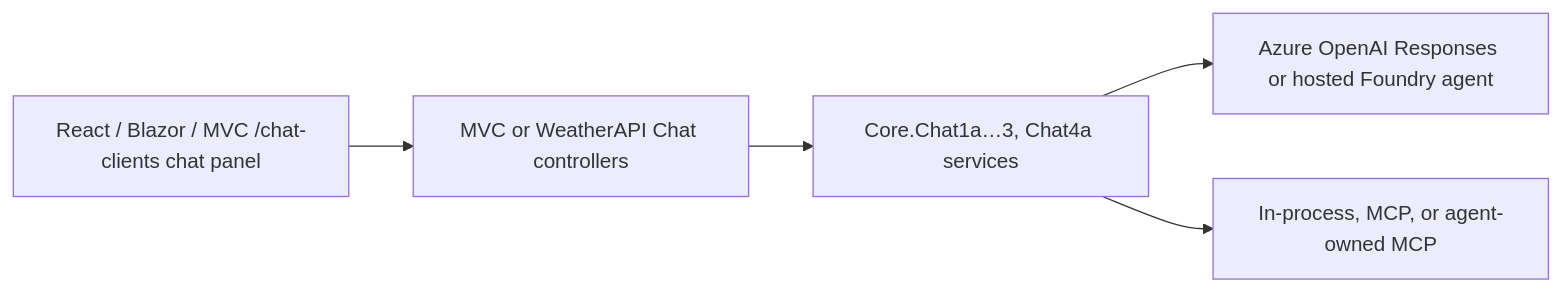
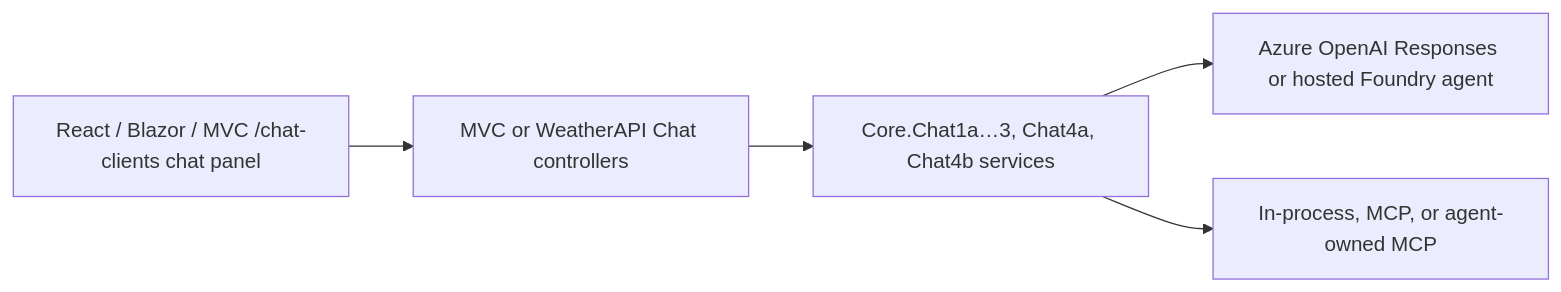
One commit to dustinkorzaan/weather-1116 changed the first of 2 diagrams in docs/architecture.md. Above: the diagram before and after it, drawn with Mermaid. The commit also changed other lines of this file and 22 other files, not shown here.

````diff
--- a/docs/architecture.md
+++ b/docs/architecture.md
@@ -125,13 +126,13 @@
 ```mermaid
 flowchart LR
   UI[React / Blazor / MVC /chat-clients chat panel]
   API[MVC or WeatherAPI Chat controllers]
-  Core[Core.Chat1a…3, Chat4a services]
+  Core[Core.Chat1a…3, Chat4a, Chat4b services]
   Model[Azure OpenAI Responses or hosted Foundry agent]
   Tools[In-process, MCP, or agent-owned MCP]
 
   UI --> API
   API --> Core
   Core --> Model
   Core --> Tools
 ```
````
